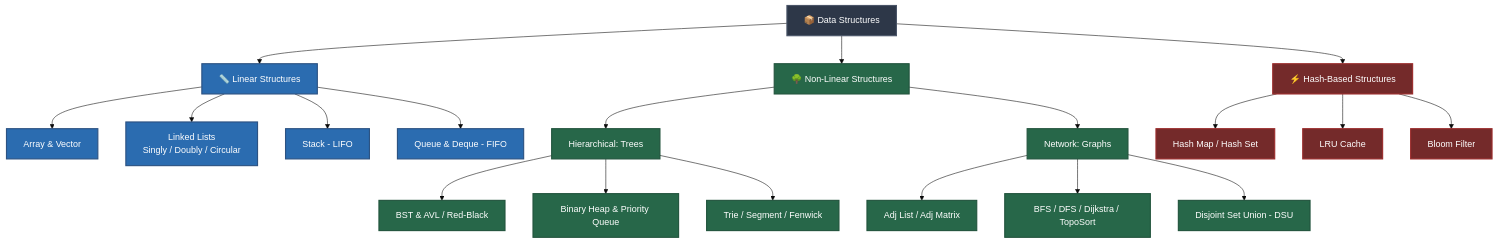
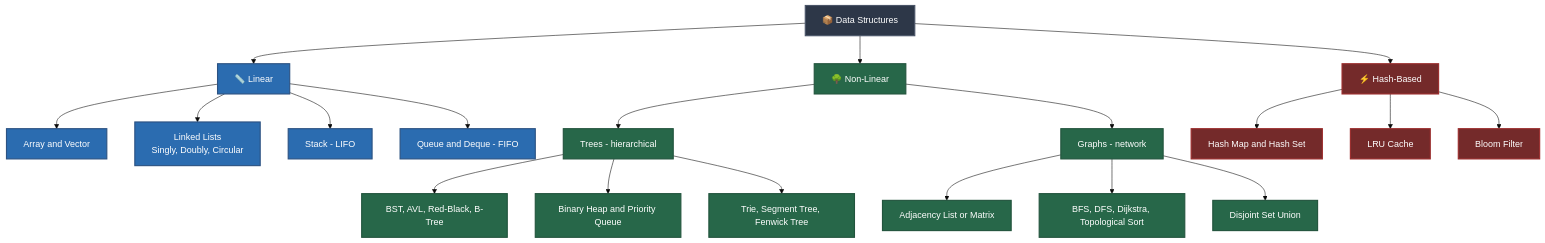
One commit to shimulshoishob/DataStructure_and_Algorithm changed the first of 4 diagrams in README.md. Above: the diagram before and after it, drawn with Mermaid (base theme). The commit also changed other lines of this file, not shown here.

````diff
--- a/README.md
+++ b/README.md
@@ -34,36 +34,36 @@
 ```mermaid
 graph TD
-    DS[📦 Data Structures] --> Linear[📏 Linear Structures]
-    DS --> NonLinear[🌳 Non-Linear Structures]
-    DS --> HashBased[⚡ Hash-Based Structures]
+    DS["📦 Data Structures"] --> Linear["📏 Linear"]
+    DS --> NonLinear["🌳 Non-Linear"]
+    DS --> HashBased["⚡ Hash-Based"]
 
-    Linear --> Arrays[Array & Vector]
-    Linear --> LinkedLists[Linked Lists<br>Singly / Doubly / Circular]
-    Linear --> Stacks[Stack - LIFO]
-    Linear --> Queues[Queue & Deque - FIFO]
+    Linear --> Arrays["Array and Vector"]
+    Linear --> LinkedLists["Linked Lists<br/>Singly, Doubly, Circular"]
+    Linear --> Stacks["Stack - LIFO"]
+    Linear --> Queues["Queue and Deque - FIFO"]
 
-    NonLinear --> Trees[Hierarchical: Trees]
-    NonLinear --> Graphs[Network: Graphs]
-    
-    Trees --> BST[BST & AVL / Red-Black]
-    Trees --> Heaps[Binary Heap & Priority Queue]
-    Trees --> SpecializedTrees[Trie / Segment / Fenwick]
+    NonLinear --> Trees["Trees - hierarchical"]
+    NonLinear --> Graphs["Graphs - network"]
 
-    Graphs --> Repr[Adj List / Adj Matrix]
-    Graphs --> Algos[BFS / DFS / Dijkstra / TopoSort]
-    Graphs --> DSU[Disjoint Set Union - DSU]
+    Trees --> BST["BST, AVL, Red-Black, B-Tree"]
+    Trees --> Heaps["Binary Heap and Priority Queue"]
+    Trees --> Special["Trie, Segment Tree, Fenwick Tree"]
 
-    HashBased --> HashMap[Hash Map / Hash Set]
-    HashBased --> LRU[LRU Cache]
-    HashBased --> Bloom[Bloom Filter]
+    Graphs --> Repr["Adjacency List or Matrix"]
+    Graphs --> Algos["BFS, DFS, Dijkstra, Topological Sort"]
+    Graphs --> DSU["Disjoint Set Union"]
+
+    HashBased --> HashMap["Hash Map and Hash Set"]
+    HashBased --> LRU["LRU Cache"]
+    HashBased --> Bloom["Bloom Filter"]
 
     classDef primary fill:#2d3748,stroke:#4a5568,stroke-width:2px,color:#fff;
     classDef linear fill:#2b6cb0,stroke:#2c5282,stroke-width:2px,color:#fff;
     classDef nonlinear fill:#276749,stroke:#22543d,stroke-width:2px,color:#fff;
     classDef hash fill:#742a2a,stroke:#9b2c2c,stroke-width:2px,color:#fff;
 
     class DS primary;
     class Linear,Arrays,LinkedLists,Stacks,Queues linear;
-    class NonLinear,Trees,Graphs,BST,Heaps,SpecializedTrees,Repr,Algos,DSU nonlinear;
+    class NonLinear,Trees,Graphs,BST,Heaps,Special,Repr,Algos,DSU nonlinear;
     class HashBased,HashMap,LRU,Bloom hash;
 ```
````
